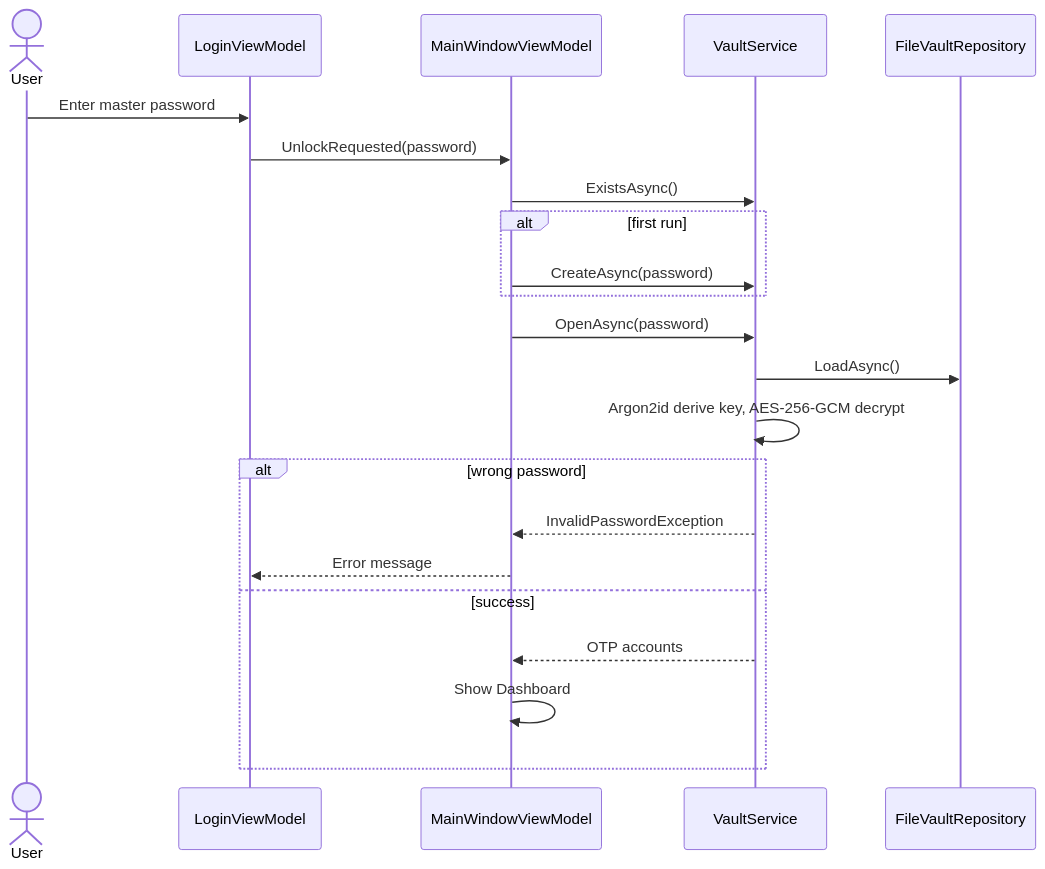
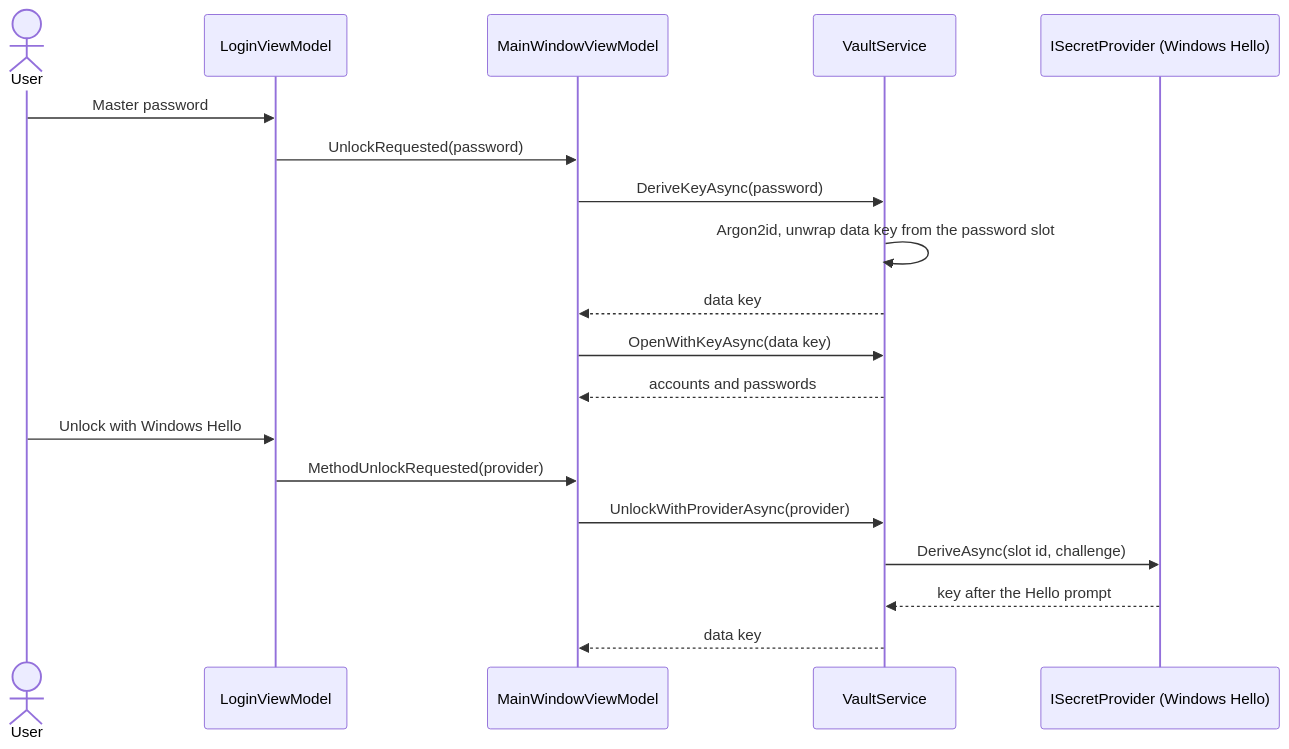
Before and after one commit to GabrielVergara/MasterSafeAuthenticator: the second of 4 diagrams in docs/Documentation.md, drawn with Mermaid. The commit also changed other lines of this file and 75 other files, not shown here.

````diff
--- a/docs/Documentation.md
+++ b/docs/Documentation.md
@@ -27,24 +29,21 @@
 ```mermaid
 sequenceDiagram
     actor U as User
     participant L as LoginViewModel
     participant M as MainWindowViewModel
     participant V as VaultService
-    participant F as FileVaultRepository
-    U->>L: Enter master password
+    participant P as ISecretProvider (Windows Hello)
+    U->>L: Master password
     L->>M: UnlockRequested(password)
-    M->>V: ExistsAsync()
-    alt first run
-        M->>V: CreateAsync(password)
-    end
-    M->>V: OpenAsync(password)
-    V->>F: LoadAsync()
-    V->>V: Argon2id derive key, AES-256-GCM decrypt
-    alt wrong password
-        V-->>M: InvalidPasswordException
-        M-->>L: Error message
-    else success
-        V-->>M: OTP accounts
-        M->>M: Show Dashboard
-    end
+    M->>V: DeriveKeyAsync(password)
+    V->>V: Argon2id, unwrap data key from the password slot
+    V-->>M: data key
+    M->>V: OpenWithKeyAsync(data key)
+    V-->>M: accounts and passwords
+    U->>L: Unlock with Windows Hello
+    L->>M: MethodUnlockRequested(provider)
+    M->>V: UnlockWithProviderAsync(provider)
+    V->>P: DeriveAsync(slot id, challenge)
+    P-->>V: key after the Hello prompt
+    V-->>M: data key
 ```
````
